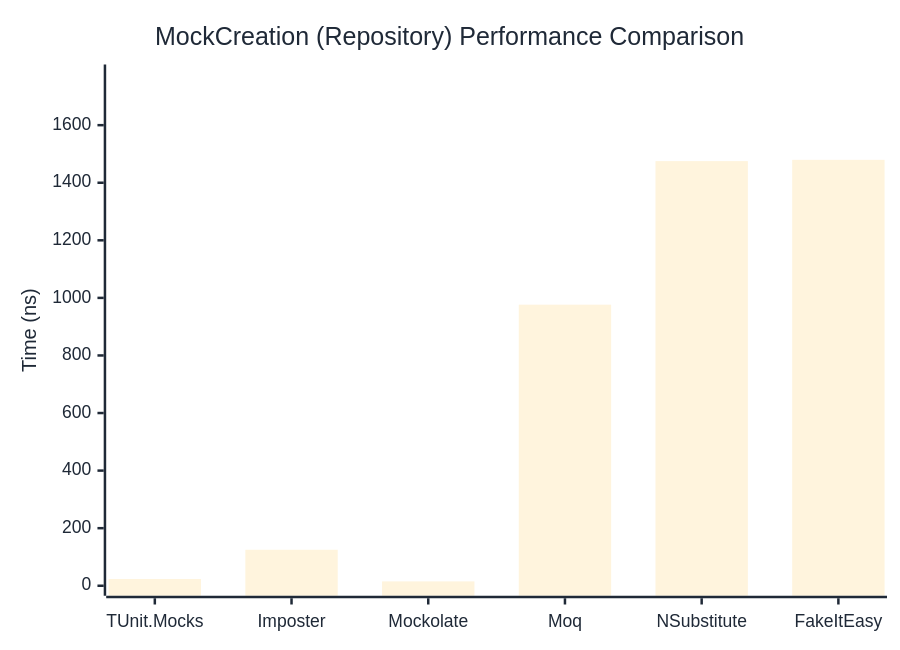
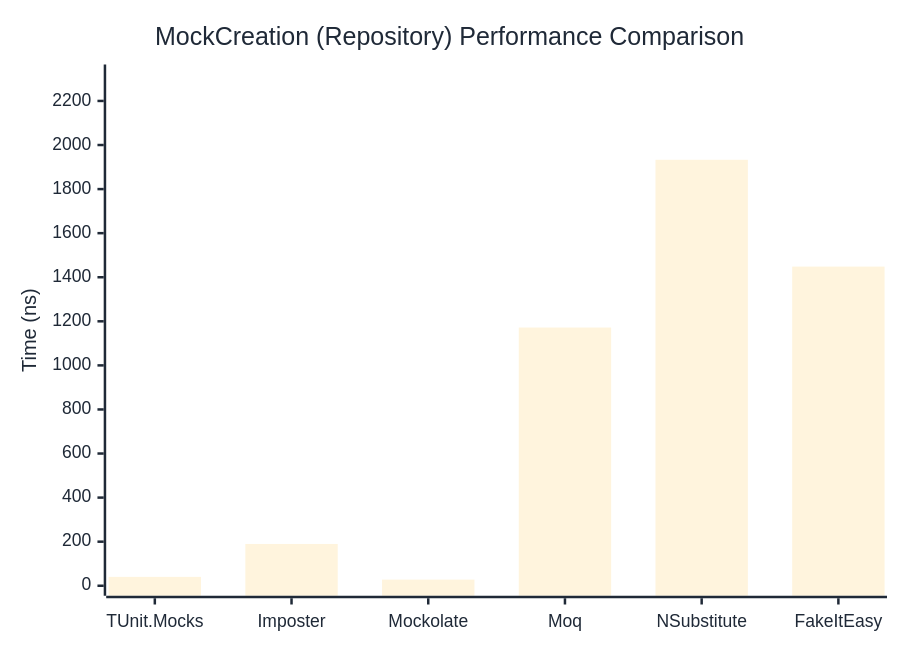
The second of 2 diagrams in docs/docs/benchmarks/mocks/MockCreation.md (thomhurst/TUnit), drawn with Mermaid before and after one commit. The commit also changed other lines of this file and 14 other files, not shown here.

````diff
--- a/docs/docs/benchmarks/mocks/MockCreation.md
+++ b/docs/docs/benchmarks/mocks/MockCreation.md
@@ -71,27 +71,27 @@
 ```mermaid
 %%{init: {
   'theme':'base',
   'themeVariables': {
     'primaryColor': '#2563eb',
     'primaryTextColor': '#1f2937',
     'primaryBorderColor': '#1e40af',
     'lineColor': '#6b7280',
     'secondaryColor': '#7c3aed',
     'tertiaryColor': '#dc2626',
     'background': '#ffffff',
     'pie1': '#2563eb',
     'pie2': '#7c3aed',
     'pie3': '#dc2626',
     'pie4': '#f59e0b',
     'pie5': '#10b981',
     'pie6': '#06b6d4',
     'pie7': '#ec4899',
     'pie8': '#6366f1'
   }
 }}%%
 xychart-beta
   title "MockCreation (Repository) Performance Comparison"
   x-axis ["TUnit.Mocks", "Imposter", "Mockolate", "Moq", "NSubstitute", "FakeItEasy"]
-  y-axis "Time (ns)" 0 --> 1776
-  bar [23.42, 125.04, 15.1, 976.43, 1475.17, 1479.55]
+  y-axis "Time (ns)" 0 --> 2320
+  bar [40.28, 189.69, 27.89, 1171.73, 1932.91, 1448.26]
 ```
````
